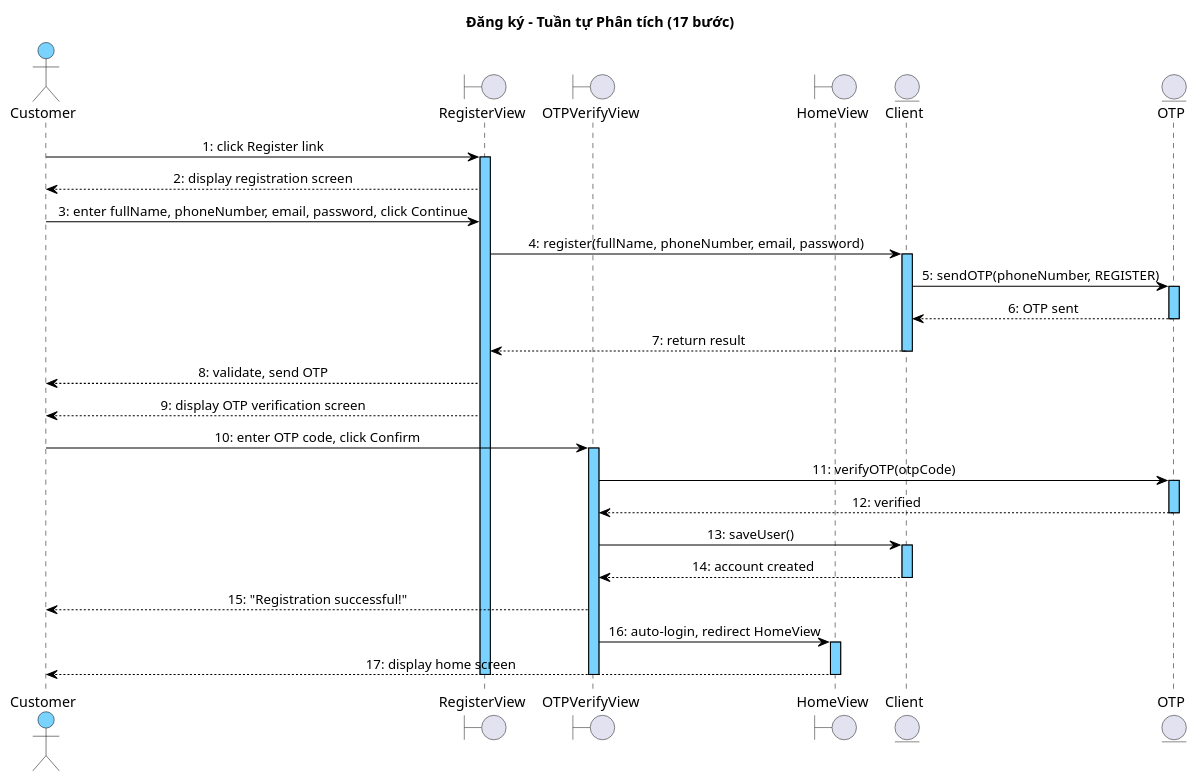
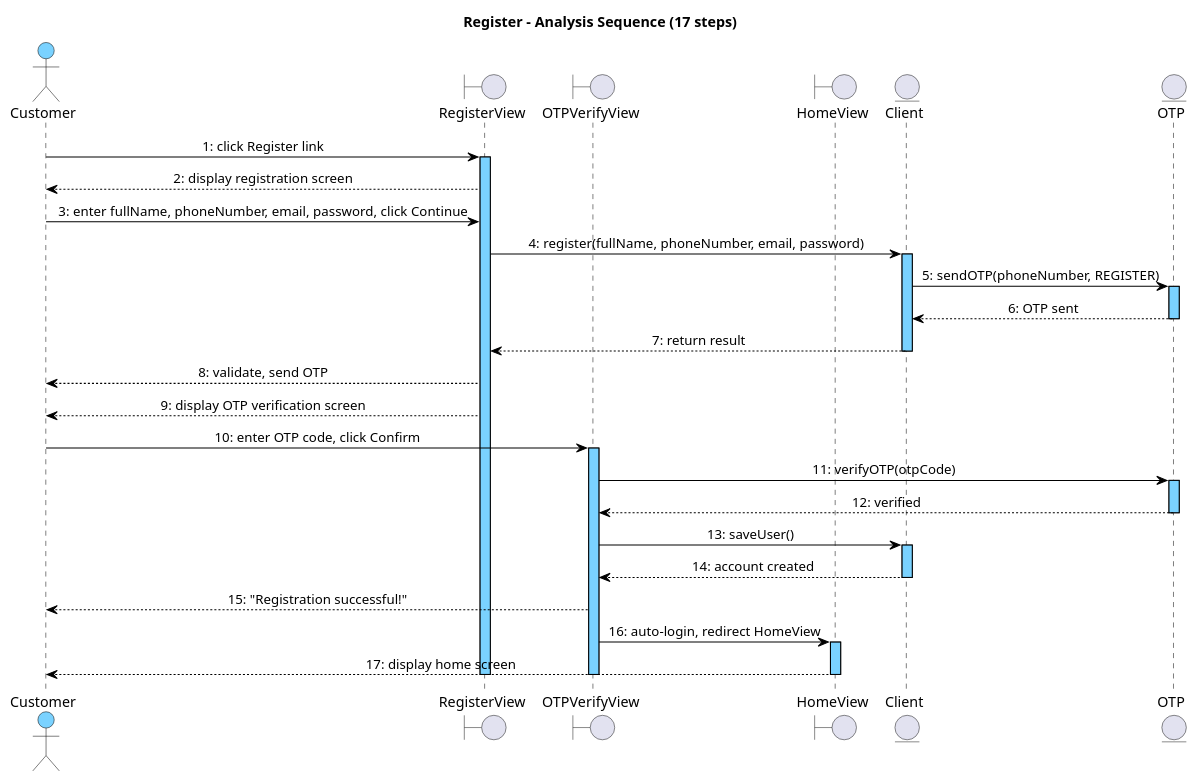
The fourth of 7 diagrams in docs/tabs/account/ii-analysis.md (thanhtrnnn/cnpm), drawn with PlantUML before and after one commit. The commit also changed other lines of this file and 13 other files, not shown here.

First line of the commit message:
fix: English-only sequence diagrams + independent abstractNum per numbered list

````diff
--- a/docs/tabs/account/ii-analysis.md
+++ b/docs/tabs/account/ii-analysis.md
@@ -471,64 +471,64 @@
 ```plantuml
 @startuml
 skinparam shadowing false
 skinparam SequenceMessageAlign left
 skinparam sequenceMessageAlign center
 skinparam sequenceArrowThickness 1
 skinparam sequenceLifeLineBorderColor #000000
 skinparam sequenceLifeLineBackgroundColor #7AD2FF
 skinparam sequenceParticipantBackgroundColor #7AD2FF
 skinparam sequenceParticipantBorderColor #000000
 skinparam sequenceParticipantFontColor #000000
 skinparam sequenceArrowColor #000000
 skinparam sequenceArrowFontColor #000000
 skinparam sequenceGroupBorderColor #000000
 skinparam sequenceGroupBackgroundColor #DDEEFF
 skinparam sequenceDividerBorderColor #000000
 skinparam sequenceDividerBackgroundColor #DDEEFF
 skinparam sequenceMessageFontColor #000000
 skinparam sequenceMessageFontSize 10
 skinparam sequenceActorBorderColor #000000
 skinparam sequenceActorBackgroundColor #7AD2FF
 skinparam sequenceActorFontColor #000000
-title Đăng ký – Tuần tự Phân tích (17 bước)
+title Register – Analysis Sequence (17 steps)
 
 actor "Customer" as Actor
 boundary RegisterView as B1
 boundary OTPVerifyView as B2
 boundary HomeView as B3
 entity Client as E1
 entity OTP as E2
 
 Actor -> B1 : 1: click Register link
 activate B1
 B1 --> Actor : 2: display registration screen
 Actor -> B1 : 3: enter fullName, phoneNumber, email, password, click Continue
 B1 -> E1 : 4: register(fullName, phoneNumber, email, password)
 activate E1
 E1 -> E2 : 5: sendOTP(phoneNumber, REGISTER)
 activate E2
 E2 --> E1 : 6: OTP sent
 deactivate E2
 E1 --> B1 : 7: return result
 deactivate E1
 B1 --> Actor : 8: validate, send OTP
 B1 --> Actor : 9: display OTP verification screen
 Actor -> B2 : 10: enter OTP code, click Confirm
 activate B2
 B2 -> E2 : 11: verifyOTP(otpCode)
 activate E2
 E2 --> B2 : 12: verified
 deactivate E2
 B2 -> E1 : 13: saveUser()
 activate E1
 E1 --> B2 : 14: account created
 deactivate E1
 B2 --> Actor : 15: "Registration successful!"
 B2 -> B3 : 16: auto-login, redirect HomeView
 activate B3
 B3 --> Actor : 17: display home screen
 deactivate B3
 deactivate B2
 deactivate B1
 @enduml
 ```
````
